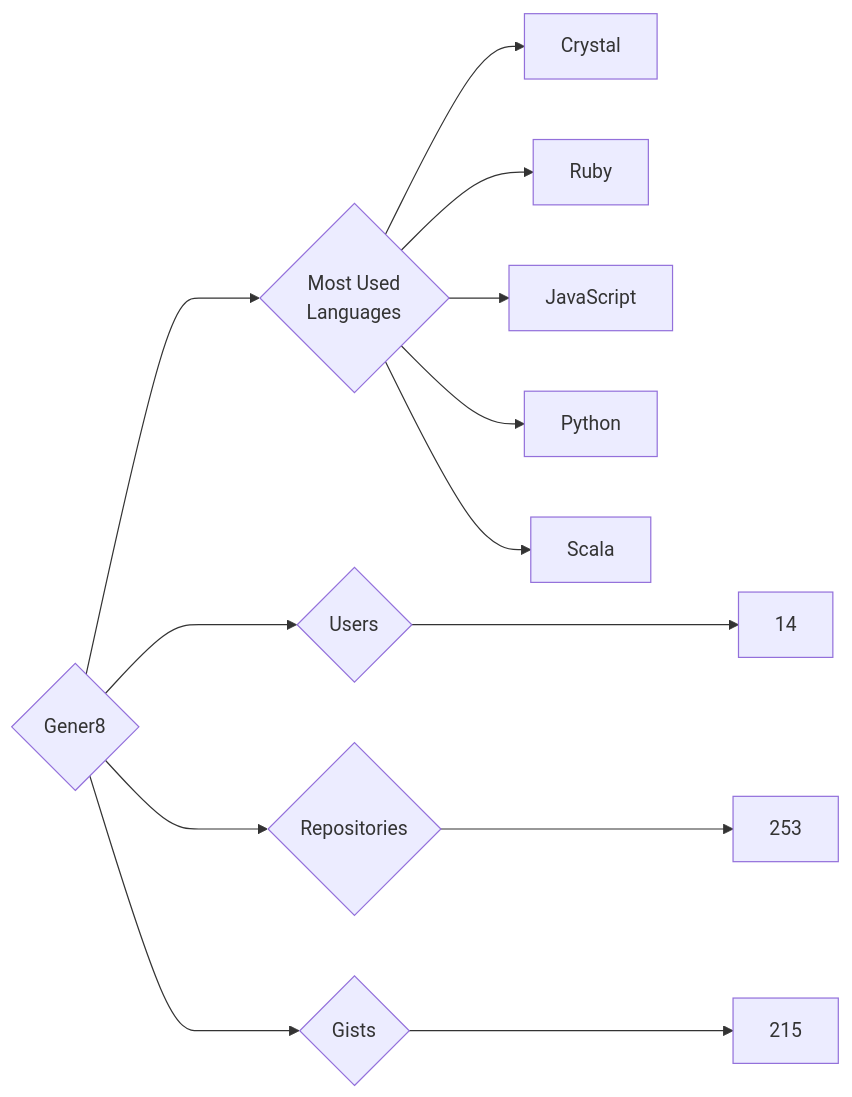
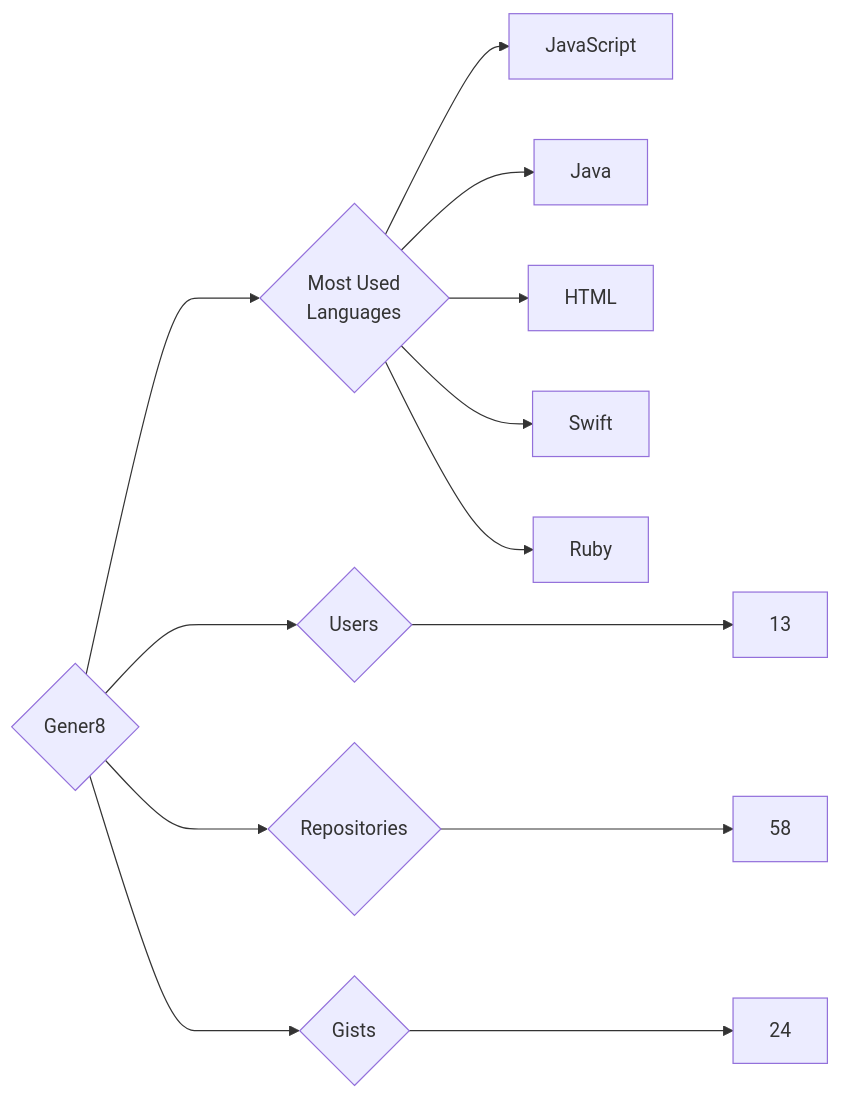
The diagram in targets/Gener8/README.md (trickest/insiders), drawn with Mermaid before and after one commit. The commit also changed 927 other files, not shown here.

````diff
--- a/targets/Gener8/README.md
+++ b/targets/Gener8/README.md
@@ -3,13 +3,13 @@
 ```mermaid
 graph LR
 COMPANY_NAME{Gener8}
-COMPANY_NAME ---> U{Users} ---> UN[14]
-COMPANY_NAME ---> R{Repositories} ---> RN[253]
-COMPANY_NAME ---> G{Gists} ---> GN[215]
+COMPANY_NAME ---> U{Users} ---> UN[13]
+COMPANY_NAME ---> R{Repositories} ---> RN[58]
+COMPANY_NAME ---> G{Gists} ---> GN[24]
 COMPANY_NAME ---> ML{Most Used<br>Languages}
-ML --> Crystal[Crystal]
+ML --> JavaScript[JavaScript]
+ML --> Java[Java]
+ML --> HTML[HTML]
+ML --> Swift[Swift]
 ML --> Ruby[Ruby]
-ML --> JavaScript[JavaScript]
-ML --> Python[Python]
-ML --> Scala[Scala]
 ```
````
